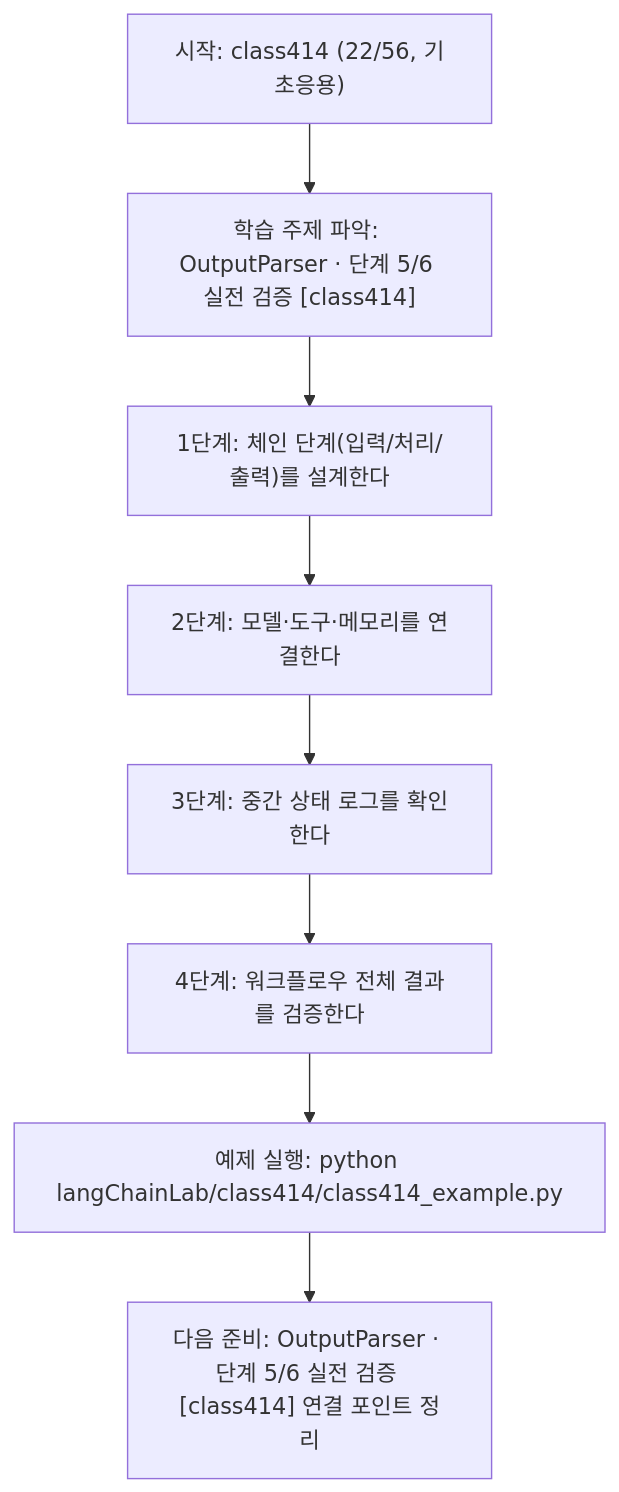
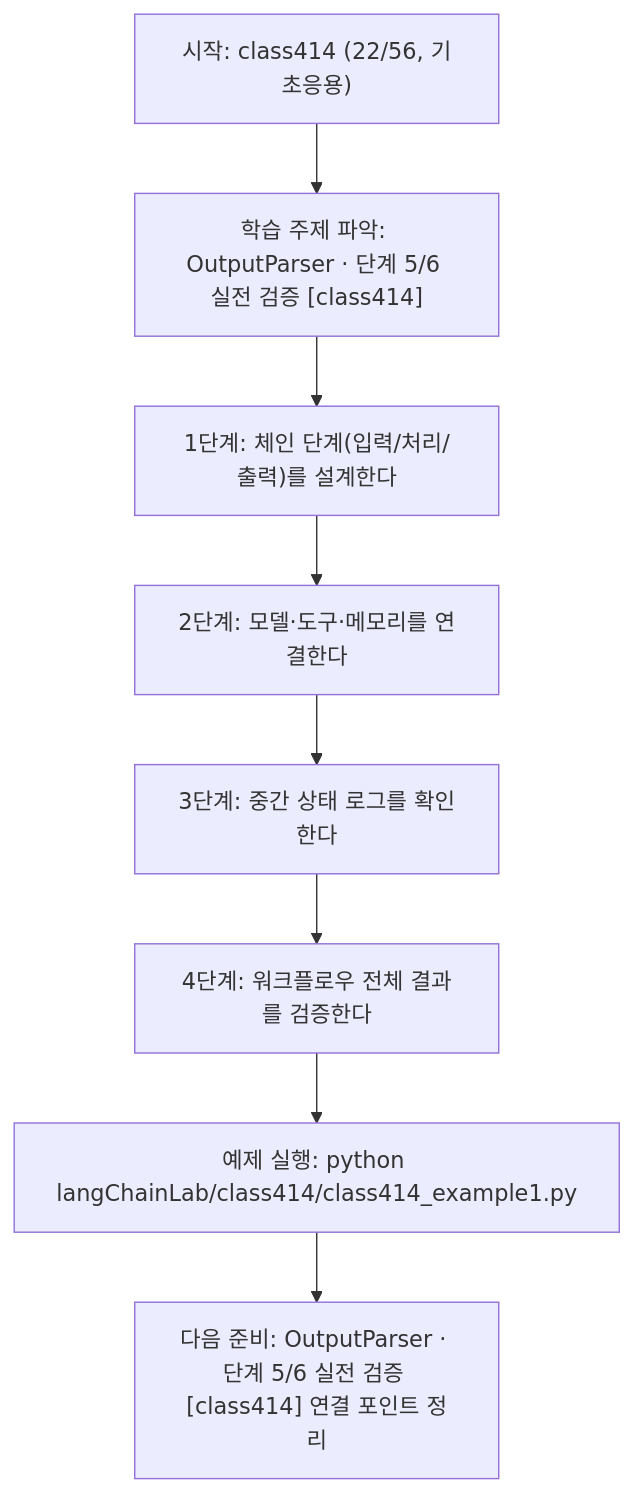
One commit to edumgt/Python-AI_Agent-Class changed the diagram in langChainLab/class414/class414.md. Above: the diagram before and after it, drawn with Mermaid. The commit also changed other lines of this file and 2959 other files, not shown here.

````diff
--- a/langChainLab/class414/class414.md
+++ b/langChainLab/class414/class414.md
@@ -108,18 +108,18 @@
 ```mermaid
 flowchart TD
 N1["시작: class414 (22/56, 기초응용)"]
 N2["학습 주제 파악: OutputParser · 단계 5/6 실전 검증 [class414]"]
 N3["1단계: 체인 단계(입력/처리/출력)를 설계한다"]
 N4["2단계: 모델·도구·메모리를 연결한다"]
 N5["3단계: 중간 상태 로그를 확인한다"]
 N6["4단계: 워크플로우 전체 결과를 검증한다"]
-N7["예제 실행: python langChainLab/class414/class414_example.py"]
+N7["예제 실행: python langChainLab/class414/class414_example1.py"]
 N8["다음 준비: OutputParser · 단계 5/6 실전 검증 [class414] 연결 포인트 정리"]
 N1 --> N2
 N2 --> N3
 N3 --> N4
 N4 --> N5
 N5 --> N6
 N6 --> N7
 N7 --> N8
 ```
````
